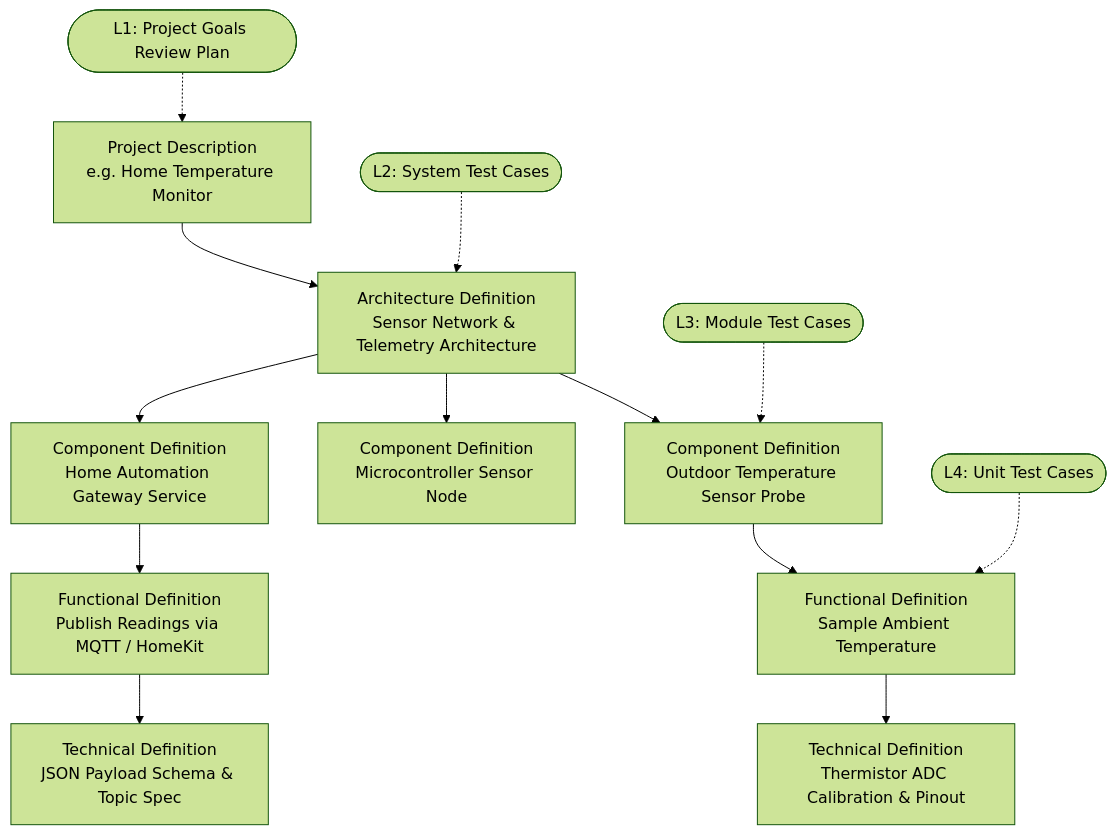
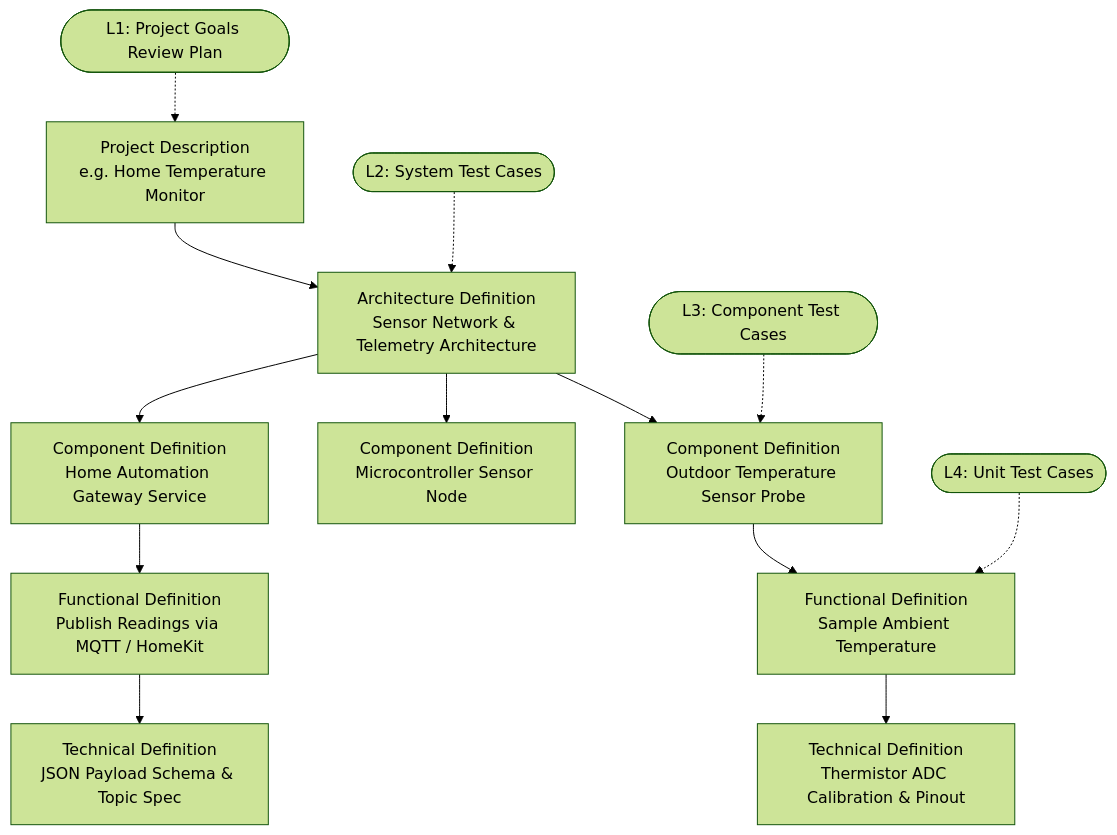
The second of 2 diagrams in v_model_process/V-Cycle for Lightweight Development.md (RandyF/lightweight-development-process), drawn with Mermaid (forest theme) before and after one commit. The commit also changed other lines of this file and 5 other files, not shown here.

````diff
--- a/v_model_process/V-Cycle for Lightweight Development.md
+++ b/v_model_process/V-Cycle for Lightweight Development.md
@@ -107,26 +107,26 @@
 ```mermaid
 graph TD
     PD["Project Description<br/>e.g. Home Temperature Monitor"]
     AD1["Architecture Definition<br/>Sensor Network & Telemetry Architecture"]
     CD1["Component Definition<br/>Outdoor Temperature Sensor Probe"]
     CD2["Component Definition<br/>Microcontroller Sensor Node"]
     CD3["Component Definition<br/>Home Automation Gateway Service"]
     FD1["Functional Definition<br/>Sample Ambient Temperature"]
     TD1["Technical Definition<br/>Thermistor ADC Calibration & Pinout"]
     FD2["Functional Definition<br/>Publish Readings via MQTT / HomeKit"]
     TD2["Technical Definition<br/>JSON Payload Schema & Topic Spec"]
 
     PD --> AD1
     AD1 --> CD1
     AD1 --> CD2
     AD1 --> CD3
     CD1 --> FD1
     FD1 --> TD1
     CD3 --> FD2
     FD2 --> TD2
 
     PT(["L1: Project Goals Review Plan"]) -.-> PD
     ST(["L2: System Test Cases"]) -.-> AD1
-    MT(["L3: Module Test Cases"]) -.-> CD1
+    CT(["L3: Component Test Cases"]) -.-> CD1
     UT(["L4: Unit Test Cases"]) -.-> FD1
 ```
````
